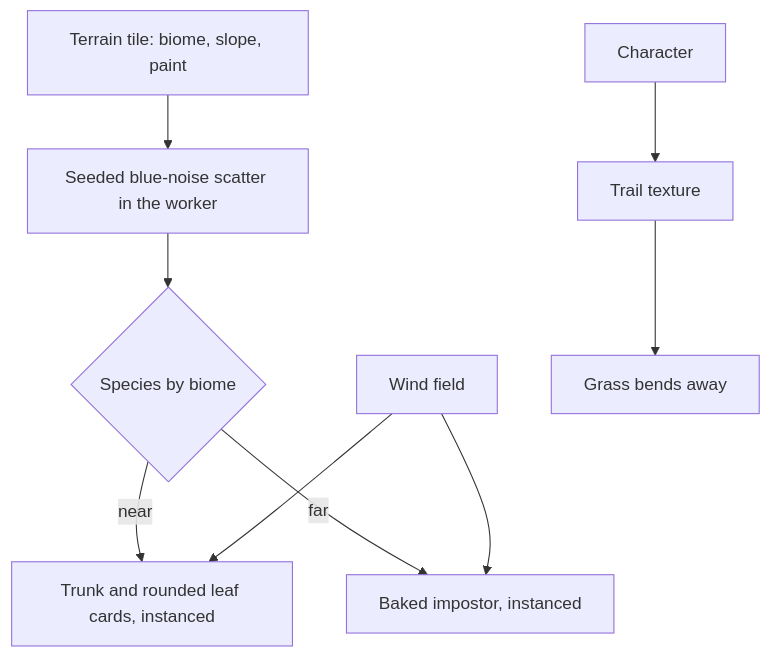
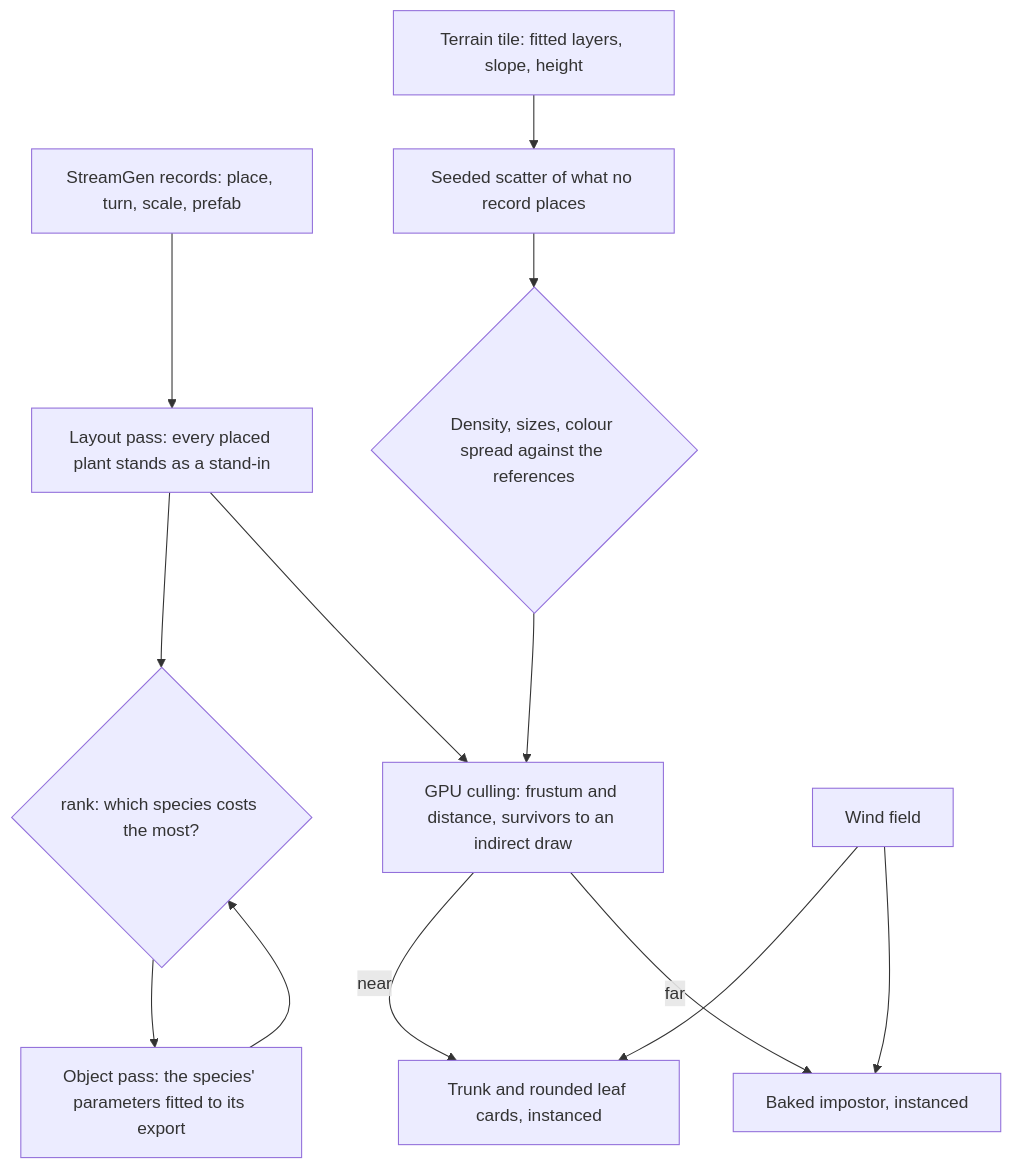
The diagram in apps/web/content/docs/proposals/genshin/trees-and-scatter.md (Esposter/Esposter), drawn with Mermaid before and after one commit. The commit also changed other lines of this file and 35 other files, not shown here.

````diff
--- a/apps/web/content/docs/proposals/genshin/trees-and-scatter.md
+++ b/apps/web/content/docs/proposals/genshin/trees-and-scatter.md
@@ -20,11 +22,15 @@
 ```mermaid
 flowchart TD
-  TILE[Terrain tile: biome, slope, paint] --> SC[Seeded blue-noise scatter in the worker]
-  SC --> SP{Species by biome}
-  SP -->|near| MESH[Trunk and rounded leaf cards, instanced]
-  SP -->|far| IMP[Baked impostor, instanced]
+  REC["StreamGen records: place, turn, scale, prefab"] --> LAY["Layout pass: every placed plant stands as a stand-in"]
+  LAY --> RANK{"rank: which species costs the most?"}
+  RANK --> FIT["Object pass: the species' parameters fitted to its export"]
+  FIT --> RANK
+  TILE["Terrain tile: fitted layers, slope, height"] --> SC["Seeded scatter of what no record places"]
+  SC --> STAT{"Density, sizes, colour spread against the references"}
+  LAY --> CULL["GPU culling: frustum and distance, survivors to an indirect draw"]
+  STAT --> CULL
+  CULL -->|near| MESH["Trunk and rounded leaf cards, instanced"]
+  CULL -->|far| IMP["Baked impostor, instanced"]
   WF[Wind field] --> MESH
   WF --> IMP
-  CH[Character] --> TR[Trail texture]
-  TR --> G[Grass bends away]
 ```
````
